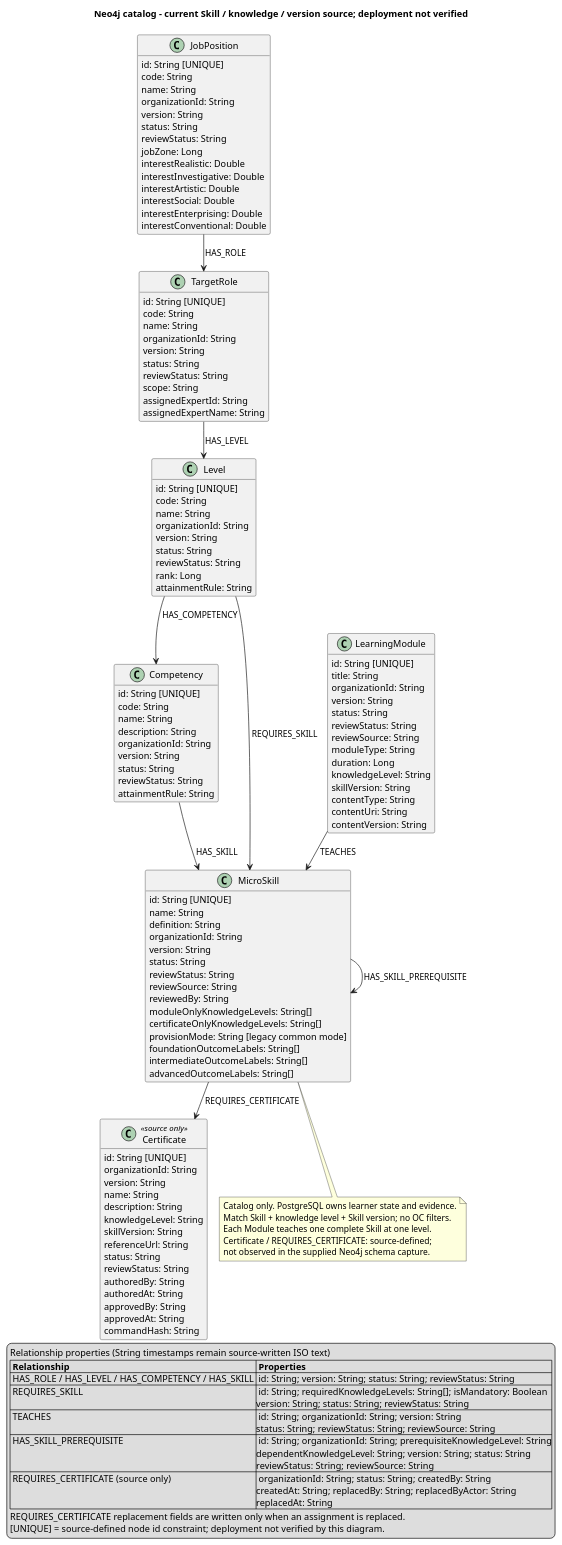
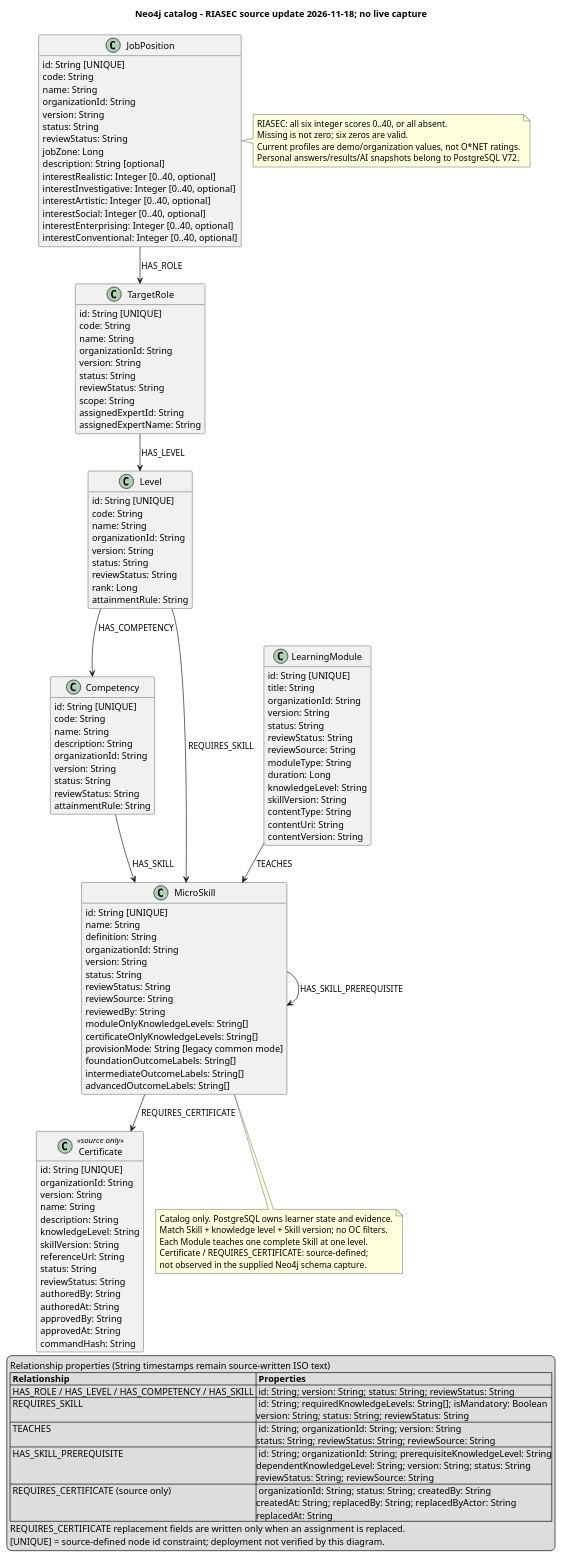
The diagram in documents/diagrams/neo4j.puml (SEP490-Fall-2026-GFA26SE64/SEP490), drawn with PlantUML before and after one commit. The commit also changed 15 other files, not shown here.

Commit message:
docs(schema): refresh Neo4j and RIASEC storage documentation

```diff
--- a/documents/diagrams/neo4j.puml
+++ b/documents/diagrams/neo4j.puml
@@ -1,136 +1,143 @@
 @startuml
 !pragma layout smetana
 top to bottom direction
 hide empty members
 skinparam classAttributeIconSize 0
 skinparam shadowing false
 skinparam nodesep 80
 skinparam ranksep 65
-title Neo4j catalog - current Skill / knowledge / version source; deployment not verified
+title Neo4j catalog - RIASEC source update 2026-11-18; no live capture
 class JobPosition {
   id: String [UNIQUE]
   code: String
   name: String
   organizationId: String
   version: String
   status: String
   reviewStatus: String
   jobZone: Long
-  interestRealistic: Double
-  interestInvestigative: Double
-  interestArtistic: Double
-  interestSocial: Double
-  interestEnterprising: Double
-  interestConventional: Double
+  description: String [optional]
+  interestRealistic: Integer [0..40, optional]
+  interestInvestigative: Integer [0..40, optional]
+  interestArtistic: Integer [0..40, optional]
+  interestSocial: Integer [0..40, optional]
+  interestEnterprising: Integer [0..40, optional]
+  interestConventional: Integer [0..40, optional]
 }
 class TargetRole {
   id: String [UNIQUE]
   code: String
   name: String
   organizationId: String
   version: String
   status: String
   reviewStatus: String
   scope: String
   assignedExpertId: String
   assignedExpertName: String
 }
 class Level {
   id: String [UNIQUE]
   code: String
   name: String
   organizationId: String
   version: String
   status: String
   reviewStatus: String
   rank: Long
   attainmentRule: String
 }
 class Competency {
   id: String [UNIQUE]
   code: String
   name: String
   description: String
   organizationId: String
   version: String
   status: String
   reviewStatus: String
   attainmentRule: String
 }
 class MicroSkill {
   id: String [UNIQUE]
   name: String
   definition: String
   organizationId: String
   version: String
   status: String
   reviewStatus: String
   reviewSource: String
   reviewedBy: String
   moduleOnlyKnowledgeLevels: String[]
   certificateOnlyKnowledgeLevels: String[]
   provisionMode: String [legacy common mode]
   foundationOutcomeLabels: String[]
   intermediateOutcomeLabels: String[]
   advancedOutcomeLabels: String[]
 }
 class LearningModule {
   id: String [UNIQUE]
   title: String
   organizationId: String
   version: String
   status: String
   reviewStatus: String
   reviewSource: String
   moduleType: String
   duration: Long
   knowledgeLevel: String
   skillVersion: String
   contentType: String
   contentUri: String
   contentVersion: String
 }
 class Certificate <<source only>> {
   id: String [UNIQUE]
   organizationId: String
   version: String
   name: String
   description: String
   knowledgeLevel: String
   skillVersion: String
   referenceUrl: String
   status: String
   reviewStatus: String
   authoredBy: String
   authoredAt: String
   approvedBy: String
   approvedAt: String
   commandHash: String
 }
 JobPosition --> TargetRole : HAS_ROLE
 TargetRole --> Level : HAS_LEVEL
 Level --> Competency : HAS_COMPETENCY
 Competency --> MicroSkill : HAS_SKILL
 Level --> MicroSkill : REQUIRES_SKILL
 LearningModule --> MicroSkill : TEACHES
 MicroSkill --> MicroSkill : HAS_SKILL_PREREQUISITE
 MicroSkill --> Certificate : REQUIRES_CERTIFICATE
+note right of JobPosition
+  RIASEC: all six integer scores 0..40, or all absent.
+  Missing is not zero; six zeros are valid.
+  Current profiles are demo/organization values, not O*NET ratings.
+  Personal answers/results/AI snapshots belong to PostgreSQL V72.
+end note
 note bottom of MicroSkill
   Catalog only. PostgreSQL owns learner state and evidence.
   Match Skill + knowledge level + Skill version; no OC filters.
   Each Module teaches one complete Skill at one level.
   Certificate / REQUIRES_CERTIFICATE: source-defined;
   not observed in the supplied Neo4j schema capture.
 end note
 legend bottom
   Relationship properties (String timestamps remain source-written ISO text)
   |= Relationship |= Properties |
   | HAS_ROLE / HAS_LEVEL / HAS_COMPETENCY / HAS_SKILL | id: String; version: String; status: String; reviewStatus: String |
   | REQUIRES_SKILL | id: String; requiredKnowledgeLevels: String[]; isMandatory: Boolean\nversion: String; status: String; reviewStatus: String |
   | TEACHES | id: String; organizationId: String; version: String\nstatus: String; reviewStatus: String; reviewSource: String |
   | HAS_SKILL_PREREQUISITE | id: String; organizationId: String; prerequisiteKnowledgeLevel: String\ndependentKnowledgeLevel: String; version: String; status: String\nreviewStatus: String; reviewSource: String |
   | REQUIRES_CERTIFICATE (source only) | organizationId: String; status: String; createdBy: String\ncreatedAt: String; replacedBy: String; replacedByActor: String\nreplacedAt: String |
   REQUIRES_CERTIFICATE replacement fields are written only when an assignment is replaced.
   [UNIQUE] = source-defined node id constraint; deployment not verified by this diagram.
 endlegend
 @enduml
```
